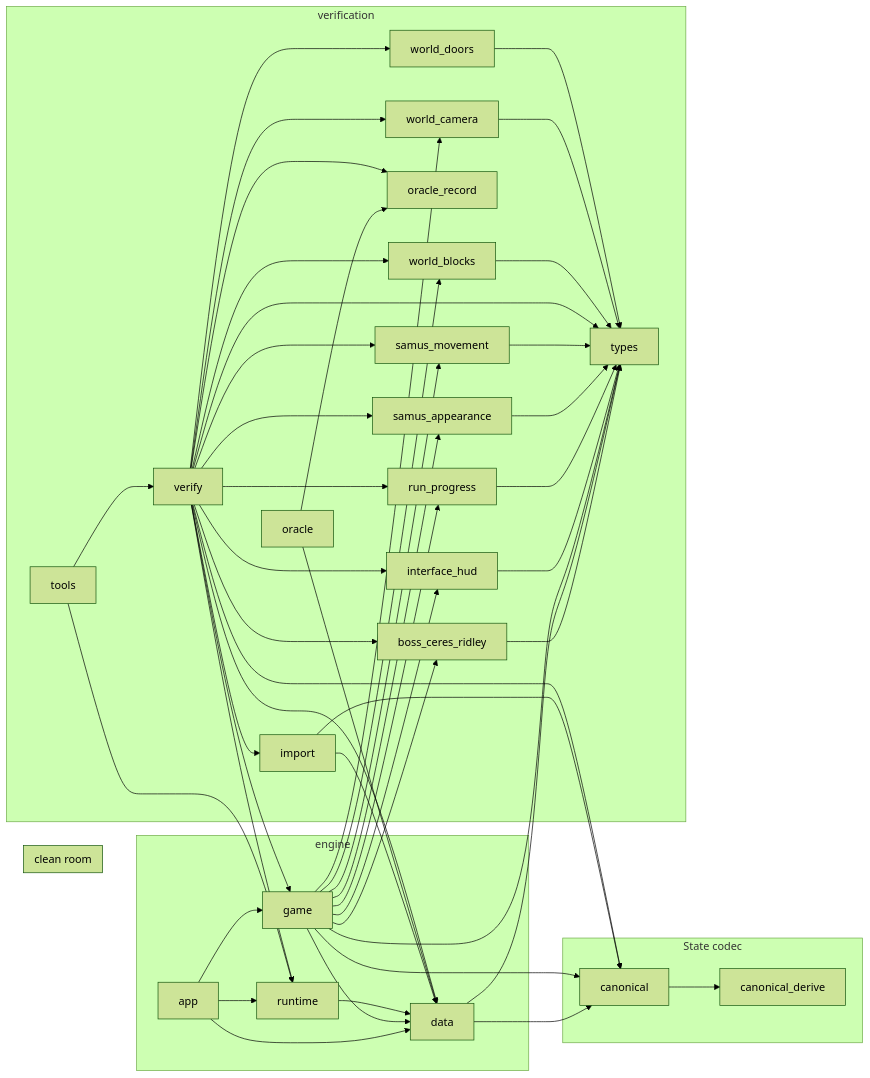
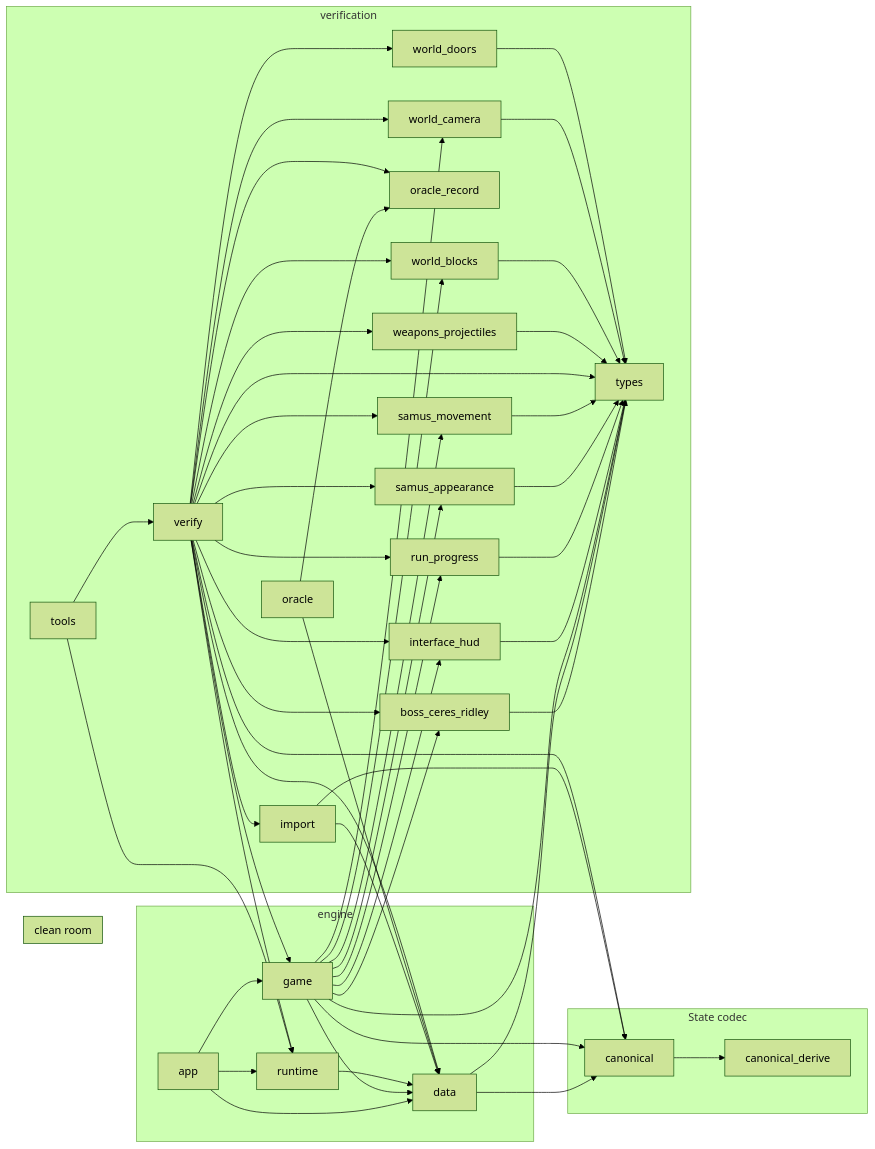
The second of 11 diagrams in docs/REPORT.md (JimLundin/sm-decomp), drawn with Mermaid (forest theme) before and after one commit. The commit also changed other lines of this file and 49 other files, not shown here.

````diff
--- a/docs/REPORT.md
+++ b/docs/REPORT.md
@@ -1022,77 +1084,80 @@
 ```mermaid
 graph LR
   subgraph engine["engine"]
     c_app["app"]
     c_data["data"]
     c_game["game"]
     c_runtime["runtime"]
   end
   subgraph clean["clean room"]
   end
   subgraph codec["State codec"]
     c_canonical["canonical"]
     c_canonical_derive["canonical_derive"]
   end
   subgraph verification["verification"]
     c_boss_ceres_ridley["boss_ceres_ridley"]
     c_import["import"]
     c_interface_hud["interface_hud"]
     c_oracle["oracle"]
     c_oracle_record["oracle_record"]
     c_run_progress["run_progress"]
     c_samus_appearance["samus_appearance"]
     c_samus_movement["samus_movement"]
     c_tools["tools"]
     c_types["types"]
     c_verify["verify"]
+    c_weapons_projectiles["weapons_projectiles"]
     c_world_blocks["world_blocks"]
     c_world_camera["world_camera"]
     c_world_doors["world_doors"]
   end
   c_app --> c_data
   c_app --> c_game
   c_app --> c_runtime
   c_boss_ceres_ridley --> c_types
   c_canonical --> c_canonical_derive
   c_data --> c_canonical
   c_data --> c_types
   c_game --> c_boss_ceres_ridley
   c_game --> c_canonical
   c_game --> c_data
   c_game --> c_interface_hud
   c_game --> c_run_progress
   c_game --> c_samus_appearance
   c_game --> c_samus_movement
   c_game --> c_types
   c_game --> c_world_blocks
   c_game --> c_world_camera
   c_import --> c_canonical
   c_import --> c_data
   c_interface_hud --> c_types
   c_oracle --> c_data
   c_oracle --> c_oracle_record
   c_run_progress --> c_types
   c_runtime --> c_data
   c_samus_appearance --> c_types
   c_samus_movement --> c_types
   c_tools --> c_runtime
   c_tools --> c_verify
   c_verify --> c_boss_ceres_ridley
   c_verify --> c_canonical
   c_verify --> c_data
   c_verify --> c_game
   c_verify --> c_import
   c_verify --> c_interface_hud
   c_verify --> c_oracle_record
   c_verify --> c_run_progress
   c_verify --> c_runtime
   c_verify --> c_samus_appearance
   c_verify --> c_samus_movement
   c_verify --> c_types
+  c_verify --> c_weapons_projectiles
   c_verify --> c_world_blocks
   c_verify --> c_world_camera
   c_verify --> c_world_doors
+  c_weapons_projectiles --> c_types
   c_world_blocks --> c_types
   c_world_camera --> c_types
   c_world_doors --> c_types
 ```
````
